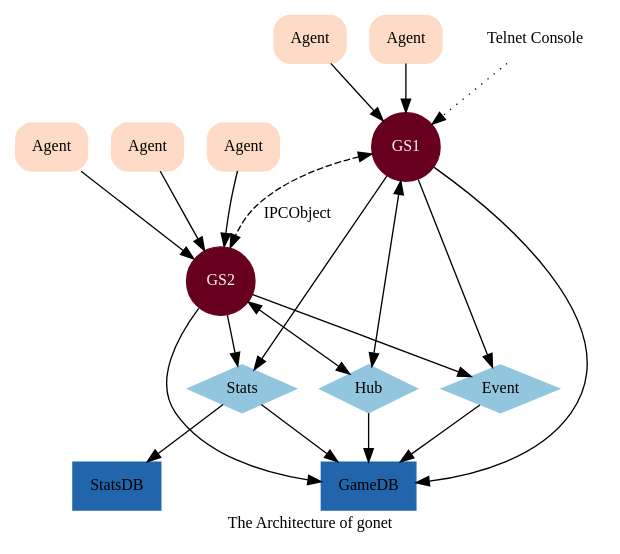
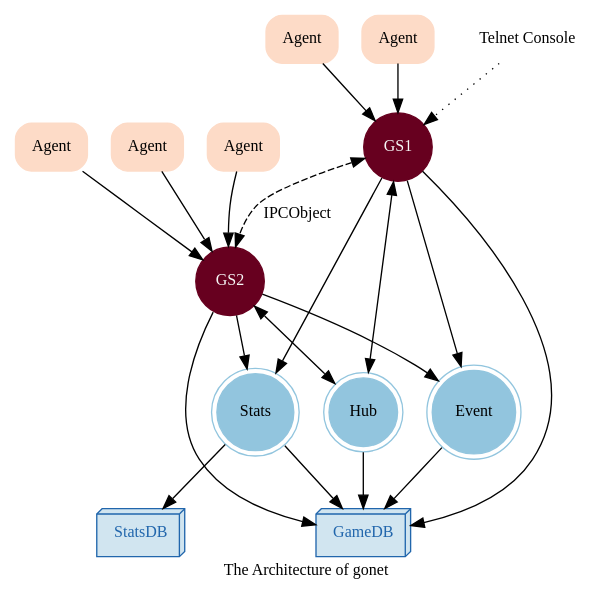
Before and after one commit to xtaci/gonet: the diagram in doc/arch.dot, drawn with Graphviz. The commit also changed 1 other file, not shown here.

```diff
--- a/doc/arch.dot
+++ b/doc/arch.dot
@@ -1,58 +1,58 @@
 digraph G {
 	graph [label="The Architecture of gonet" fontsize=12];
 	node [colorscheme=rdbu11 fontsize=12];
 	edge [colorscheme=rdbu11 fontsize=12];
 	subgraph Agents {
 		node [label=Agent style="rounded,filled" shape=rect color=5];
 		Agent1;
 		Agent2;
 		Agent3;
 		Agent4;
 		Agent5;
 	}
 
 	subgraph GS {
 		node [style=filled shape=circle color=1 fontcolor=6];
 		GS1;
 		GS2;
 		GS1->GS2 [dir=both label=IPCObject style=dashed];
 	}
 
 	subgraph {
-		node [style=filled shape="diamond" color=8];
+		node [style=filled shape="doublecircle" color=8];
 		Event;
 		Hub;
 		Stats;
 	}
 
 	subgraph {
-		node [style=filled shape=rect color=10];
+		node [shape=box3d style=filled fillcolor=7 color=10 fontcolor=10];
 		GameDB;
 		StatsDB;
 	}
 
 	subgraph {
 		Agent1->GS1;
 		Agent2->GS1;
 		Agent3->GS2;
 		Agent4->GS2;
 		Agent5->GS2;
 	}
 
 	GS1->Hub [dir=both];
 	GS2->Hub [dir=both];
 	GS1->Event;
 	GS2->Event; 
 	GS1->Stats;
 	GS2->Stats; 
 	GS1->GameDB;
 	GS2->GameDB;
 	
 	Telnet [shape=plaintext label="Telnet Console"];
 	Telnet->GS1 [style=dotted];
 
 	Hub->GameDB;
 	Event->GameDB;
 	Stats->GameDB;
 	Stats->StatsDB;
 }
```
